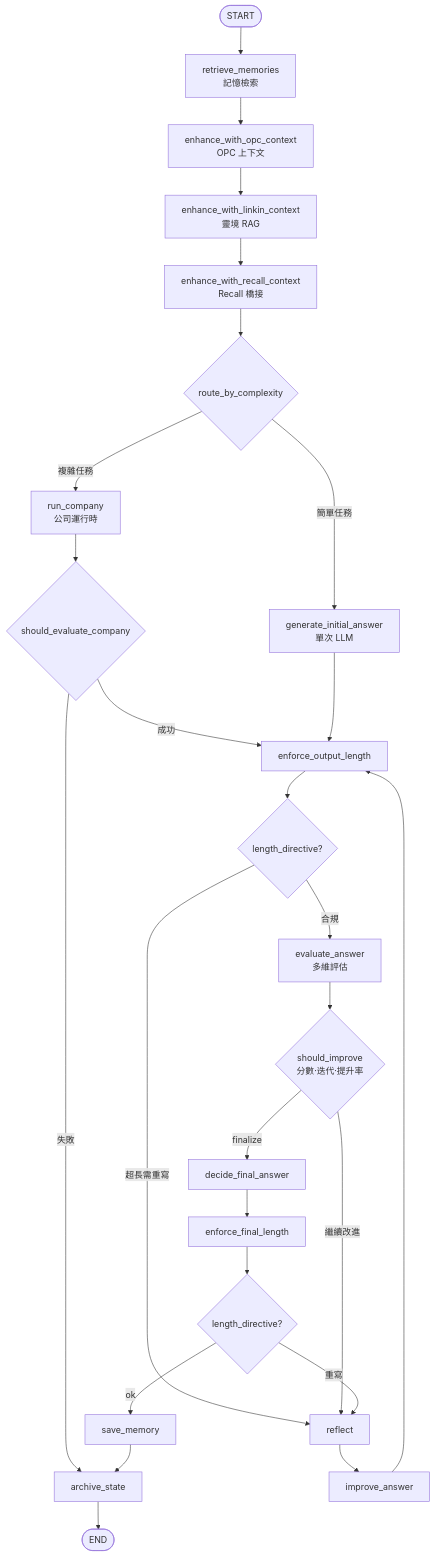
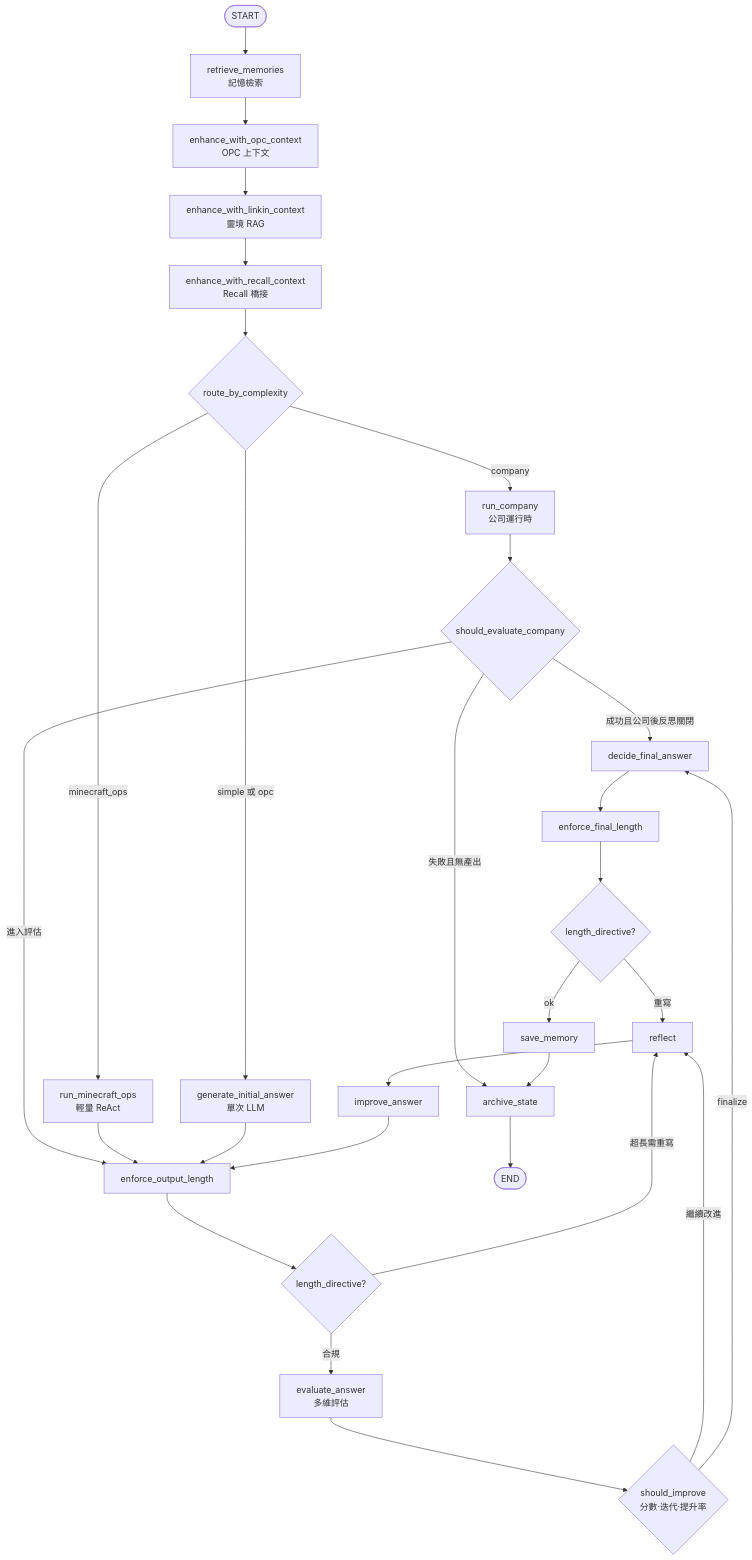
The fourth of 10 diagrams in docs/architecture/system-architecture-2026-09.md (iiooiioo888/Linkin), drawn with Mermaid before and after one commit. The commit also changed other lines of this file and 7 other files, not shown here.

````diff
--- a/docs/architecture/system-architecture-2026-09.md
+++ b/docs/architecture/system-architecture-2026-09.md
@@ -155,35 +155,38 @@
 ```mermaid
 flowchart TD
     START([START]) --> RM[retrieve_memories<br/>記憶檢索]
     RM --> OPC_CTX[enhance_with_opc_context<br/>OPC 上下文]
     OPC_CTX --> LINKIN_CTX[enhance_with_linkin_context<br/>靈境 RAG]
     LINKIN_CTX --> RECALL[enhance_with_recall_context<br/>Recall 橋接]
     RECALL --> ROUTE{route_by_complexity}
 
-    ROUTE -->|複雜任務| RC[run_company<br/>公司運行時]
-    ROUTE -->|簡單任務| GEN[generate_initial_answer<br/>單次 LLM]
+    ROUTE -->|company| RC[run_company<br/>公司運行時]
+    ROUTE -->|minecraft_ops| MC[run_minecraft_ops<br/>輕量 ReAct]
+    ROUTE -->|simple 或 opc| GEN[generate_initial_answer<br/>單次 LLM]
 
     RC --> SEC{should_evaluate_company}
-    SEC -->|成功| EOL[enforce_output_length]
-    SEC -->|失敗| ARCH
+    SEC -->|成功且公司後反思關閉| DEC
+    SEC -->|進入評估| EOL[enforce_output_length]
+    SEC -->|失敗且無產出| ARCH
 
+    MC --> EOL
     GEN --> EOL
 
     EOL --> LEN{length_directive?}
     LEN -->|超長需重寫| REFL
     LEN -->|合規| EVAL[evaluate_answer<br/>多維評估]
 
     EVAL --> IMP{should_improve<br/>分數·迭代·提升率}
     IMP -->|繼續改進| REFL[reflect]
     IMP -->|finalize| DEC[decide_final_answer]
 
     REFL --> IMPR[improve_answer]
     IMPR --> EOL
 
     DEC --> EFL[enforce_final_length]
     EFL --> LEN2{length_directive?}
     LEN2 -->|重寫| REFL
     LEN2 -->|ok| SAVE[save_memory]
     SAVE --> ARCH[archive_state]
     ARCH --> END([END])
 ```
````
